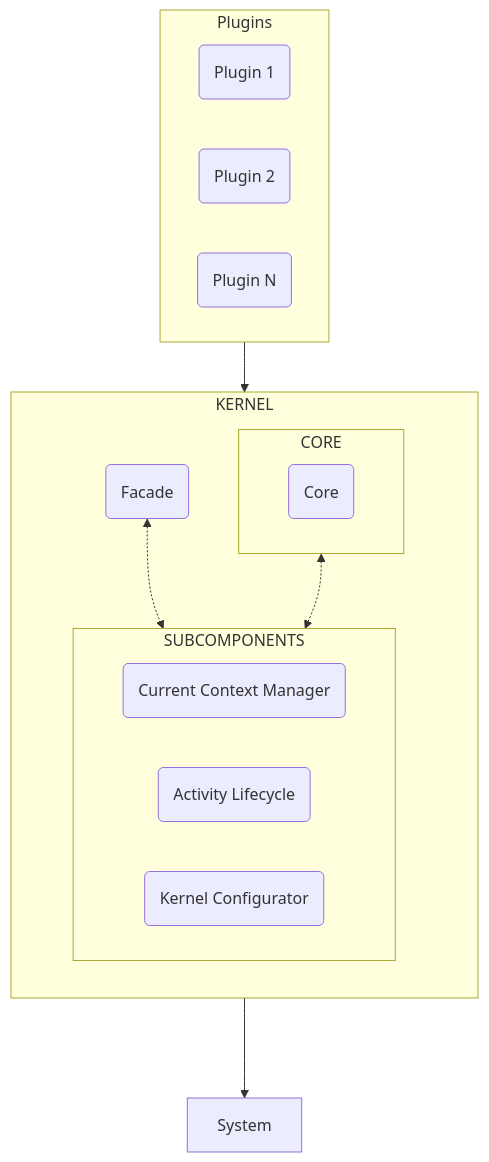
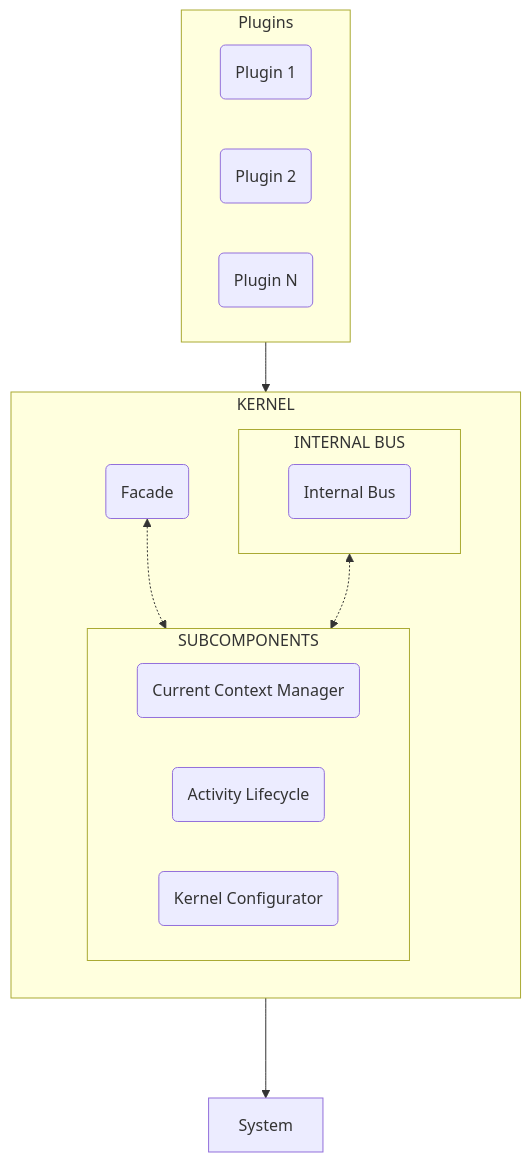
One commit to agp221-ua/ModuleDroid-Doc changed the diagram in docs/kernel/kernel.md. Above: the diagram before and after it, drawn with Mermaid. The commit also changed other lines of this file and 2 other files, not shown here.

Commit message:
Added more info to internal bus

````diff
--- a/docs/kernel/kernel.md
+++ b/docs/kernel/kernel.md
@@ -27,28 +27,28 @@
 ```mermaid
 flowchart TB
     subgraph k[KERNEL]
         direction TB
         f(Facade)
-        subgraph c[CORE]
-            c1(Core)
+        subgraph c[INTERNAL BUS]
+            c1(Internal Bus)
         end
         subgraph sc[SUBCOMPONENTS]
             sc1(Current Context Manager)
             sc2(Activity Lifecycle)
             sc3(Kernel Configurator)
         end
     end
     
     subgraph p[Plugins]
         direction LR
         pa(Plugin 1) 
         pb(Plugin 2)
         pc(Plugin N)
     end
     p --> f
     
     f <-.-> sc
     c <-.-> sc
     sc ---> System
 
 ```
````
